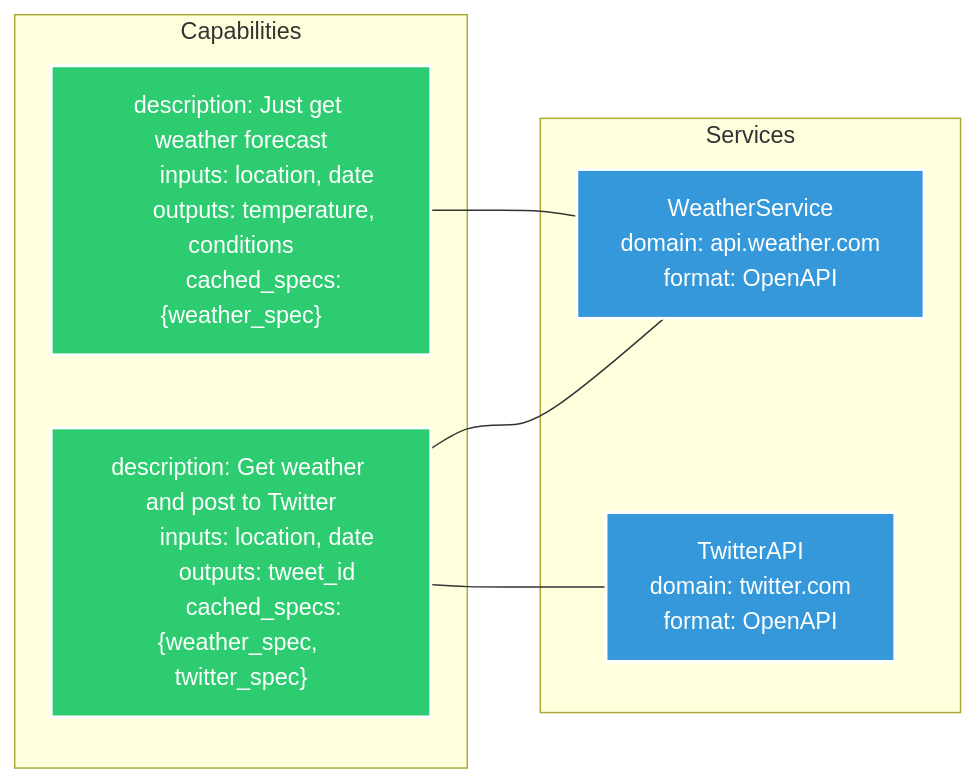
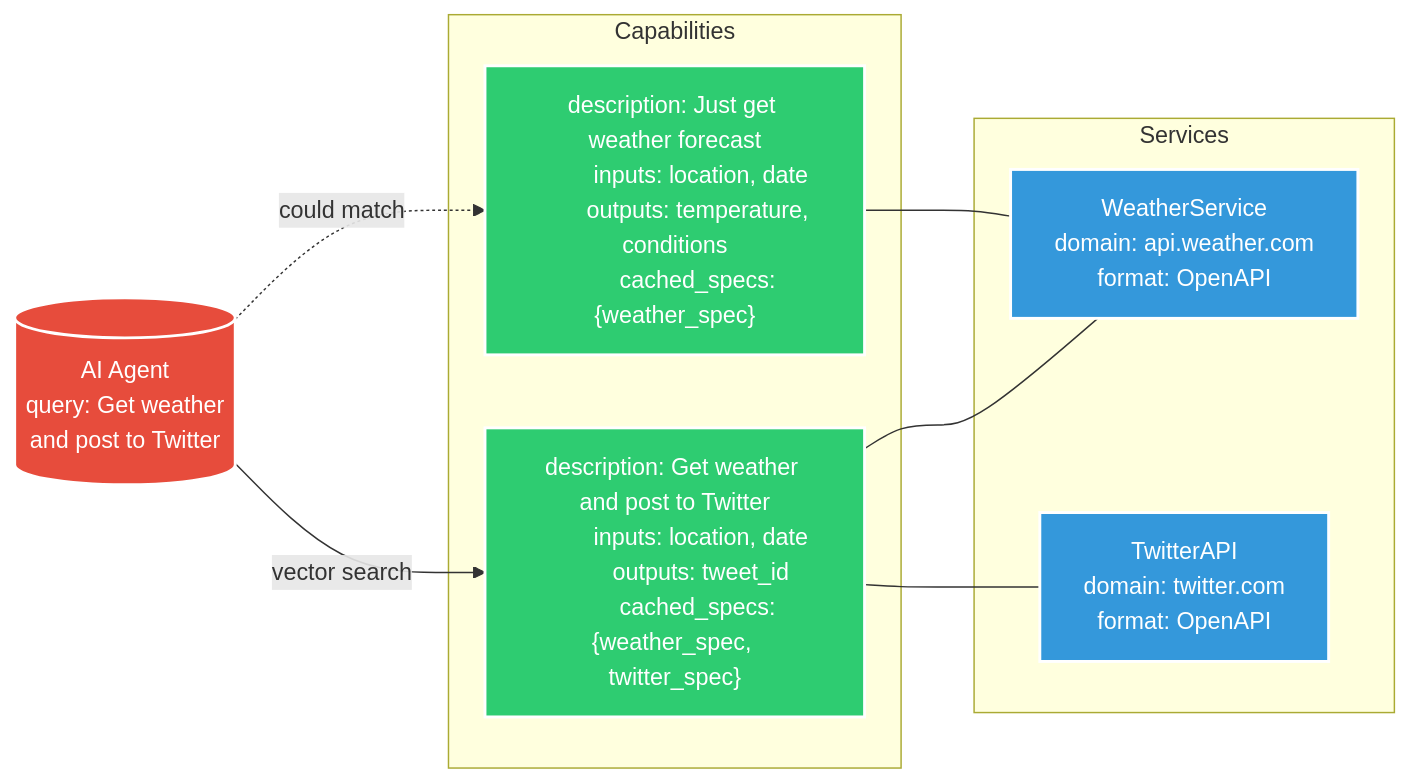
The diagram in README.md (keithagroves/agent-to-service), drawn with Mermaid before and after one commit.

Commit message:
add agent to diagram

````diff
--- a/README.md
+++ b/README.md
@@ -50,34 +50,42 @@
 ```mermaid
 graph LR
+    Agent[("AI Agent
+    query: Get weather 
+    and post to Twitter")]
+
     subgraph Capabilities
         C1["description: Get weather and post to Twitter
         inputs: location, date
         outputs: tweet_id
         cached_specs: {weather_spec, twitter_spec}"]
         
         C2["description: Just get weather forecast
         inputs: location, date
         outputs: temperature, conditions
         cached_specs: {weather_spec}"]
     end
 
     subgraph Services
         S1["WeatherService
         domain: api.weather.com
         format: OpenAPI"]
         
         S2["TwitterAPI
         domain: twitter.com
         format: OpenAPI"]
     end
 
+    Agent -->|vector search| C1
+    Agent -.->|could match| C2
     C1 --- S1
     C1 --- S2
     C2 --- S1
 
     classDef capability fill:#2ecc71,stroke:#fff,stroke-width:2px,color:#fff;
     classDef service fill:#3498db,stroke:#fff,stroke-width:2px,color:#fff;
+    classDef agent fill:#e74c3c,stroke:#fff,stroke-width:2px,color:#fff;
     
     class C1,C2 capability;
     class S1,S2 service;
+    class Agent agent;
 ```
````
